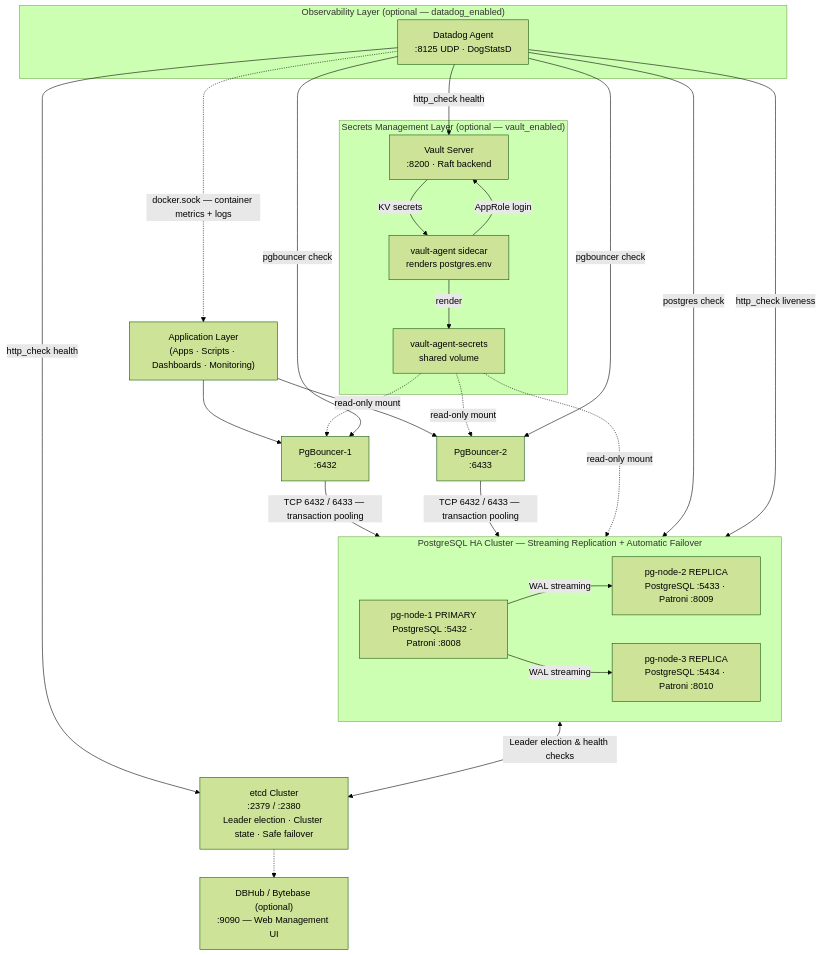
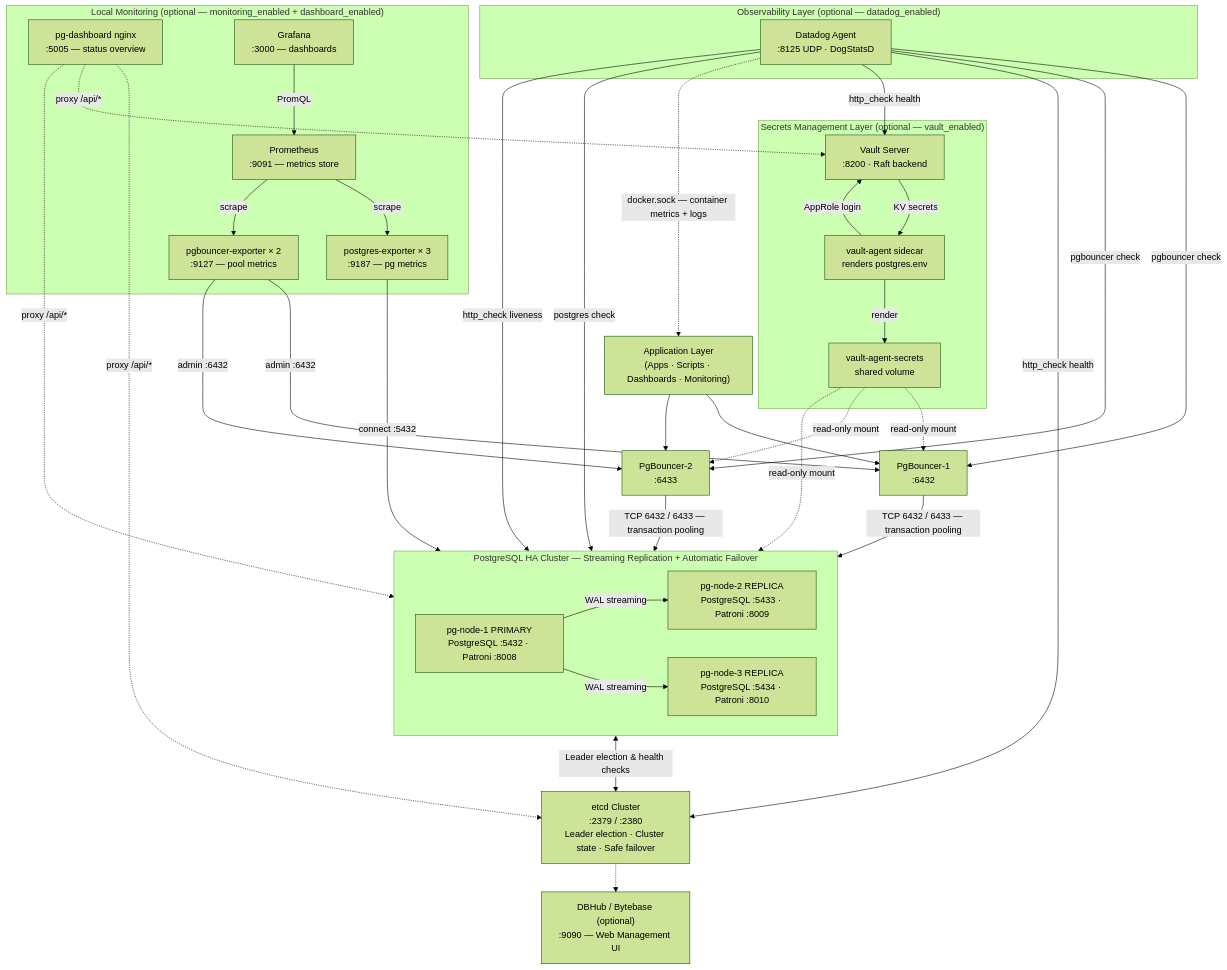
One commit to venkatajangala/terraform-docker-container-postgres changed the first of 18 diagrams in docs/architecture/ARCHITECTURE.md. Above: the diagram before and after it, drawn with Mermaid (forest theme). The commit also changed other lines of this file and 21 other files, not shown here.

First line of the commit message:
feat: add local monitoring stack (Prometheus + Grafana + nginx dashboard)

````diff
--- a/docs/architecture/ARCHITECTURE.md
+++ b/docs/architecture/ARCHITECTURE.md
@@ -7,41 +7,54 @@
 ```mermaid
 graph TD
     APP["Application Layer<br/>(Apps · Scripts · Dashboards · Monitoring)"]
     PGB1["PgBouncer-1<br/>:6432"]
     PGB2["PgBouncer-2<br/>:6433"]
 
     subgraph PGHA["PostgreSQL HA Cluster — Streaming Replication + Automatic Failover"]
         PG1["pg-node-1 PRIMARY<br/>PostgreSQL :5432 · Patroni :8008"]
         PG2["pg-node-2 REPLICA<br/>PostgreSQL :5433 · Patroni :8009"]
         PG3["pg-node-3 REPLICA<br/>PostgreSQL :5434 · Patroni :8010"]
     end
 
     ETCD["etcd Cluster<br/>:2379 / :2380<br/>Leader election · Cluster state · Safe failover"]
     DBHUB["DBHub / Bytebase (optional)<br/>:9090 — Web Management UI"]
 
     subgraph SECRETS["Secrets Management Layer (optional — vault_enabled)"]
         VAULT["Vault Server<br/>:8200 · Raft backend"]
         AGENT["vault-agent sidecar<br/>renders postgres.env"]
         SVOL["vault-agent-secrets<br/>shared volume"]
     end
 
     subgraph OBS["Observability Layer (optional — datadog_enabled)"]
         DD["Datadog Agent<br/>:8125 UDP · DogStatsD"]
     end
 
+    subgraph MON["Local Monitoring (optional — monitoring_enabled + dashboard_enabled)"]
+        DASH["pg-dashboard nginx<br/>:5005 — status overview"]
+        PROM["Prometheus<br/>:9091 — metrics store"]
+        GRAF["Grafana<br/>:3000 — dashboards"]
+        PGE["postgres-exporter × 3<br/>:9187 — pg metrics"]
+        PGBE["pgbouncer-exporter × 2<br/>:9127 — pool metrics"]
+    end
+
     APP --> PGB1 & PGB2
     PGB1 & PGB2 -->|"TCP 6432 / 6433 — transaction pooling"| PGHA
     PG1 -->|"WAL streaming"| PG2 & PG3
     PGHA <-->|"Leader election & health checks"| ETCD
     ETCD -.-> DBHUB
     AGENT -->|"AppRole login"| VAULT
     VAULT -->|"KV secrets"| AGENT
     AGENT -->|"render"| SVOL
     SVOL -. "read-only mount" .-> PGHA
     SVOL -. "read-only mount" .-> PGB1 & PGB2
     DD -->|"postgres check"| PGHA
     DD -->|"pgbouncer check"| PGB1 & PGB2
     DD -->|"http_check liveness"| PGHA
     DD -->|"http_check health"| ETCD & VAULT
     DD -. "docker.sock — container metrics + logs" .-> APP
+    PGE -->|"connect :5432"| PGHA
+    PGBE -->|"admin :6432"| PGB1 & PGB2
+    PROM -->|"scrape"| PGE & PGBE
+    GRAF -->|"PromQL"| PROM
+    DASH -. "proxy /api/*" .-> PGHA & ETCD & VAULT
 ```
````
